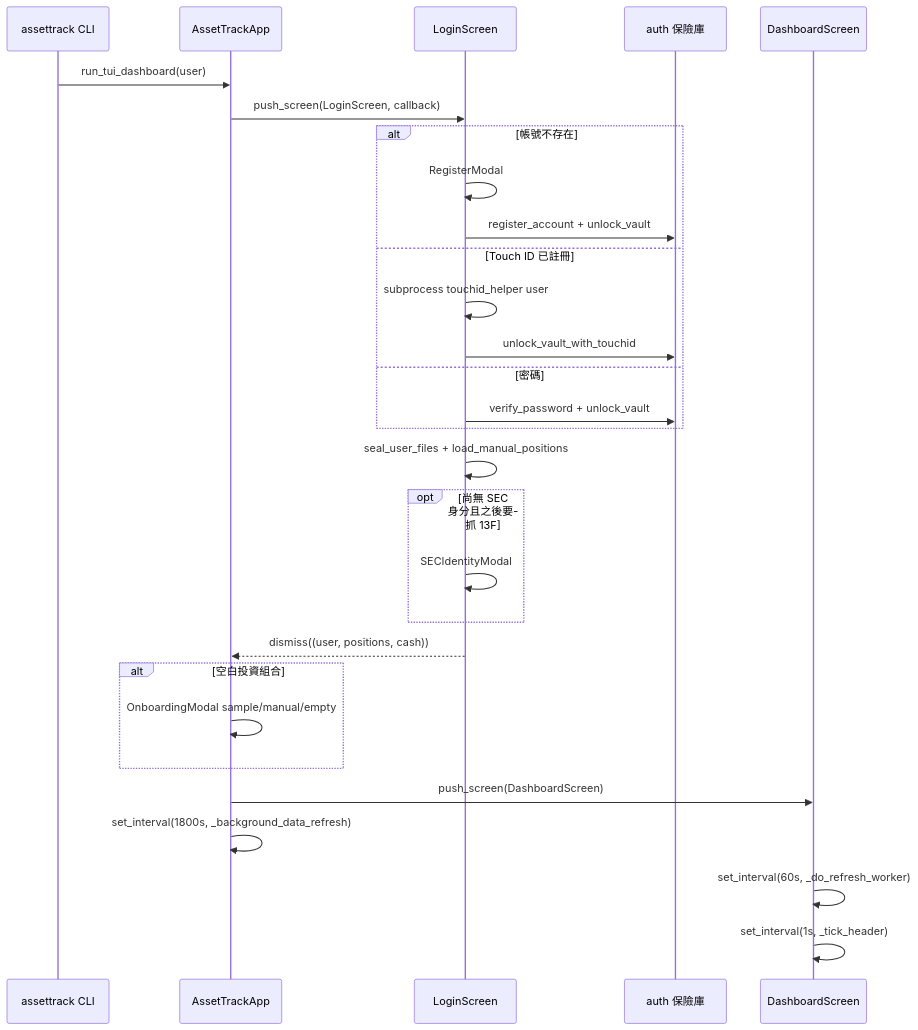
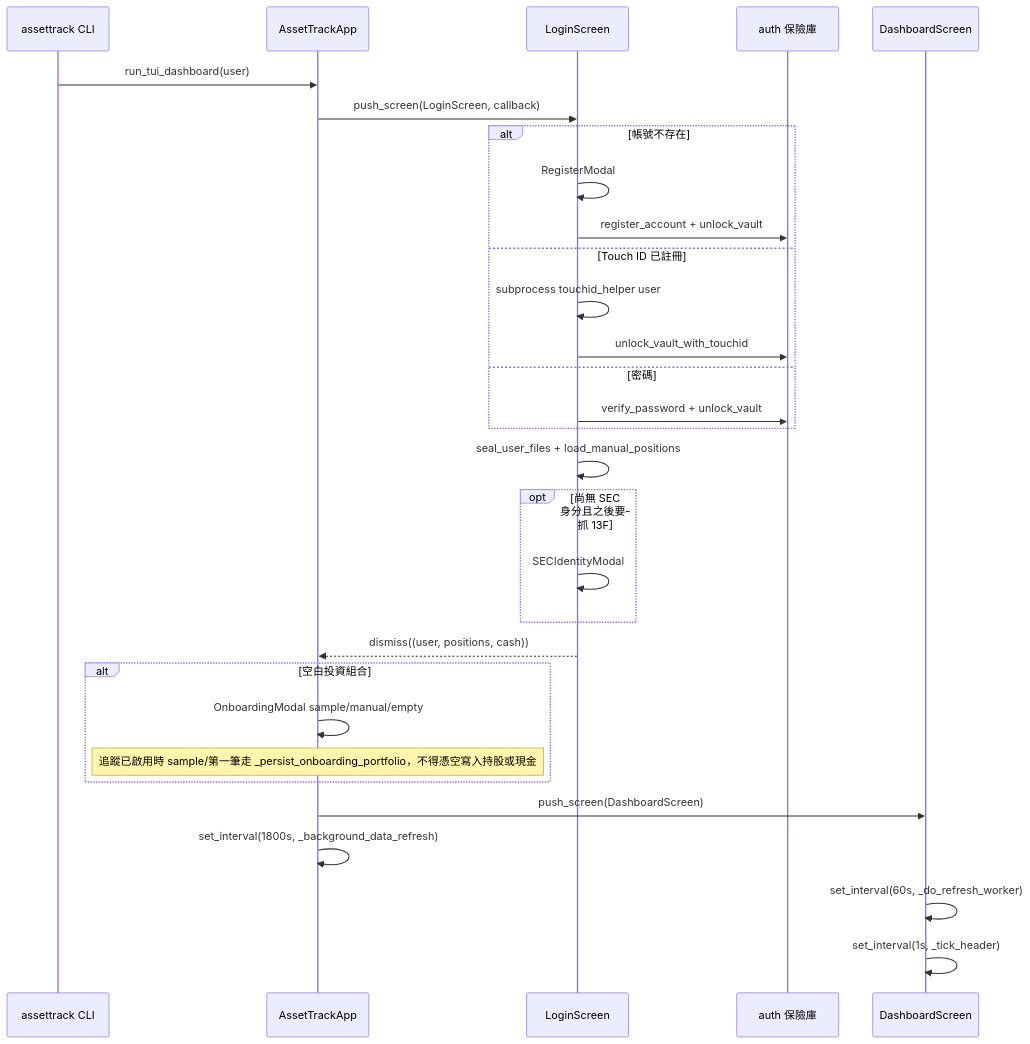
One commit to ray60110/AssetTrack changed the third of 8 diagrams in blockDiagram.md. Above: the diagram before and after it, drawn with Mermaid. The commit also changed other lines of this file and 4 other files, not shown here.

````diff
--- a/blockDiagram.md
+++ b/blockDiagram.md
@@ -99,32 +99,33 @@
 ```mermaid
 sequenceDiagram
     participant CLI as assettrack CLI
     participant App as AssetTrackApp
     participant Login as LoginScreen
     participant Vault as auth 保險庫
     participant Dash as DashboardScreen
 
     CLI->>App: run_tui_dashboard(user)
     App->>Login: push_screen(LoginScreen, callback)
     alt 帳號不存在
         Login->>Login: RegisterModal
         Login->>Vault: register_account + unlock_vault
     else Touch ID 已註冊
         Login->>Login: subprocess touchid_helper user
         Login->>Vault: unlock_vault_with_touchid
     else 密碼
         Login->>Vault: verify_password + unlock_vault
     end
     Login->>Login: seal_user_files + load_manual_positions
     opt 尚無 SEC 身分且之後要抓 13F
         Login->>Login: SECIdentityModal
     end
     Login-->>App: dismiss((user, positions, cash))
     alt 空白投資組合
         App->>App: OnboardingModal sample/manual/empty
+        Note over App: 追蹤已啟用時 sample/第一筆走 _persist_onboarding_portfolio，不得憑空寫入持股或現金
     end
     App->>Dash: push_screen(DashboardScreen)
     App->>App: set_interval(1800s, _background_data_refresh)
     Dash->>Dash: set_interval(60s, _do_refresh_worker)
     Dash->>Dash: set_interval(1s, _tick_header)
 ```
````
